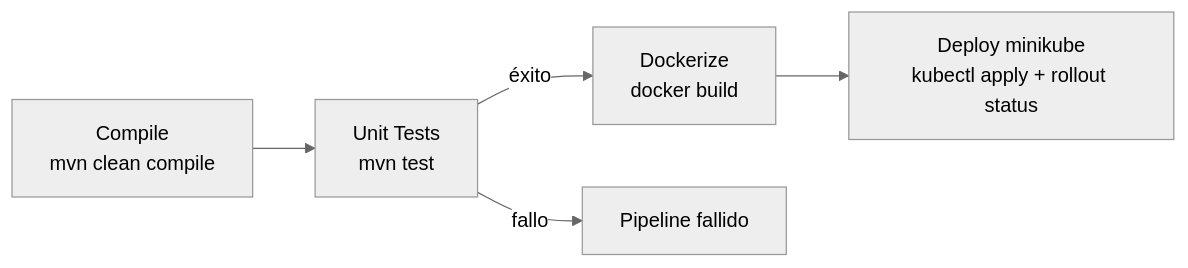
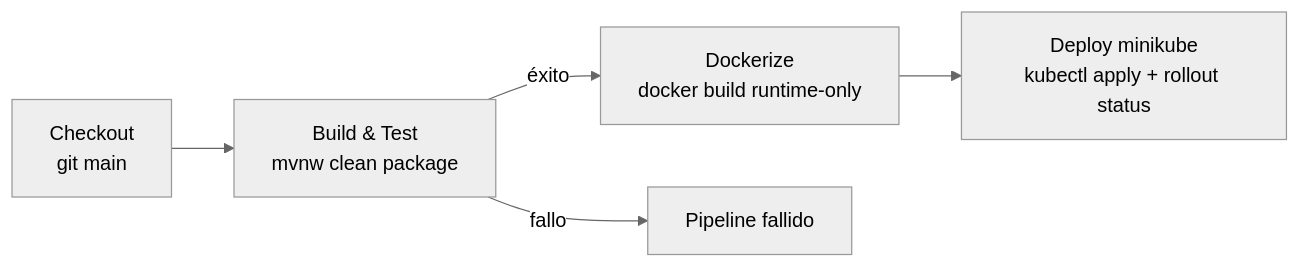
The second of 2 diagrams in .kiro/specs/user-crud/design.md (ocardenasmartinez1984/kiro-sdd), drawn with Mermaid (neutral theme) before and after one commit. The commit also changed other lines of this file and 5 other files, not shown here.

First line of the commit message:
ci: speed up Jenkins build (m2 cache, single package cycle, runtime-only image)

````diff
--- a/.kiro/specs/user-crud/design.md
+++ b/.kiro/specs/user-crud/design.md
@@ -575,7 +581,7 @@
 ```mermaid
 graph LR
-    Compile[Compile<br/>mvn clean compile] --> Test[Unit Tests<br/>mvn test]
-    Test -->|éxito| Docker[Dockerize<br/>docker build]
-    Test -->|fallo| Fail[Pipeline fallido]
+    Checkout[Checkout<br/>git main] --> Build[Build & Test<br/>mvnw clean package]
+    Build -->|éxito| Docker[Dockerize<br/>docker build runtime-only]
+    Build -->|fallo| Fail[Pipeline fallido]
     Docker --> Deploy[Deploy minikube<br/>kubectl apply + rollout status]
 ```
````
